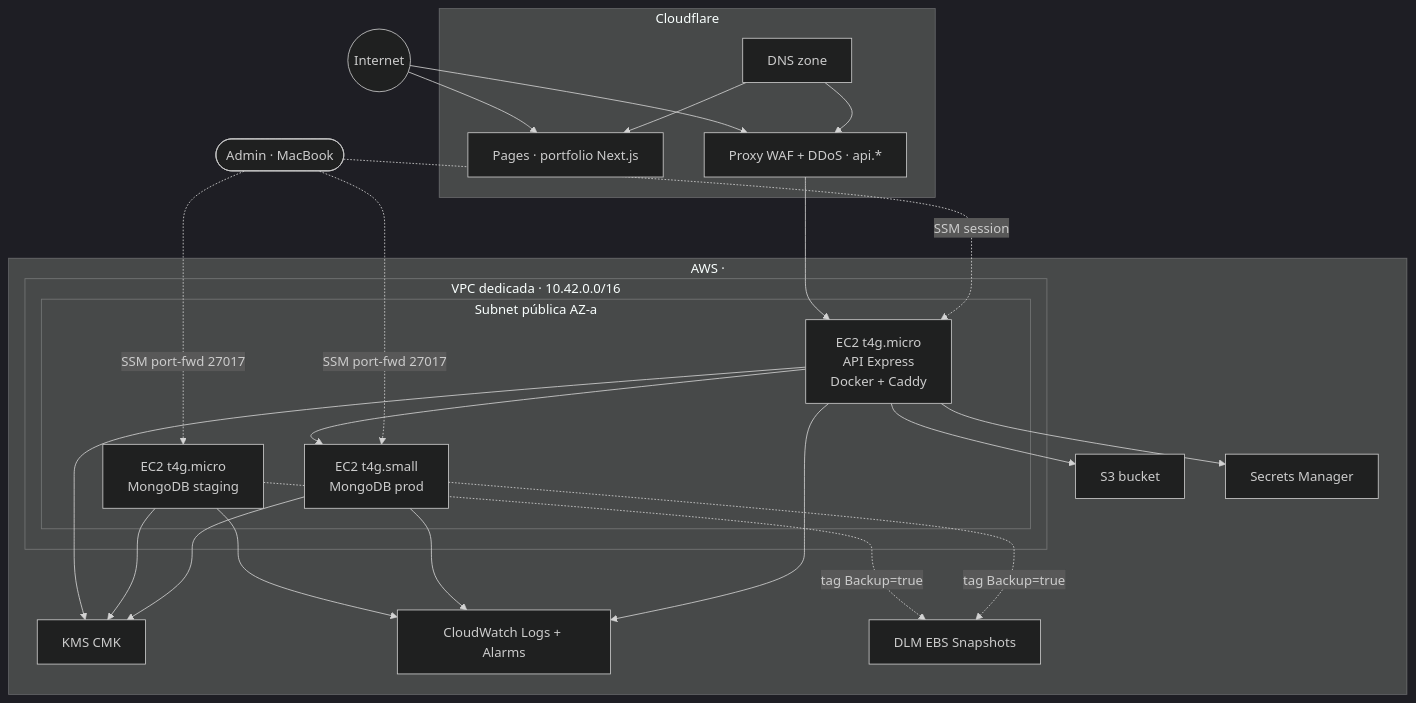
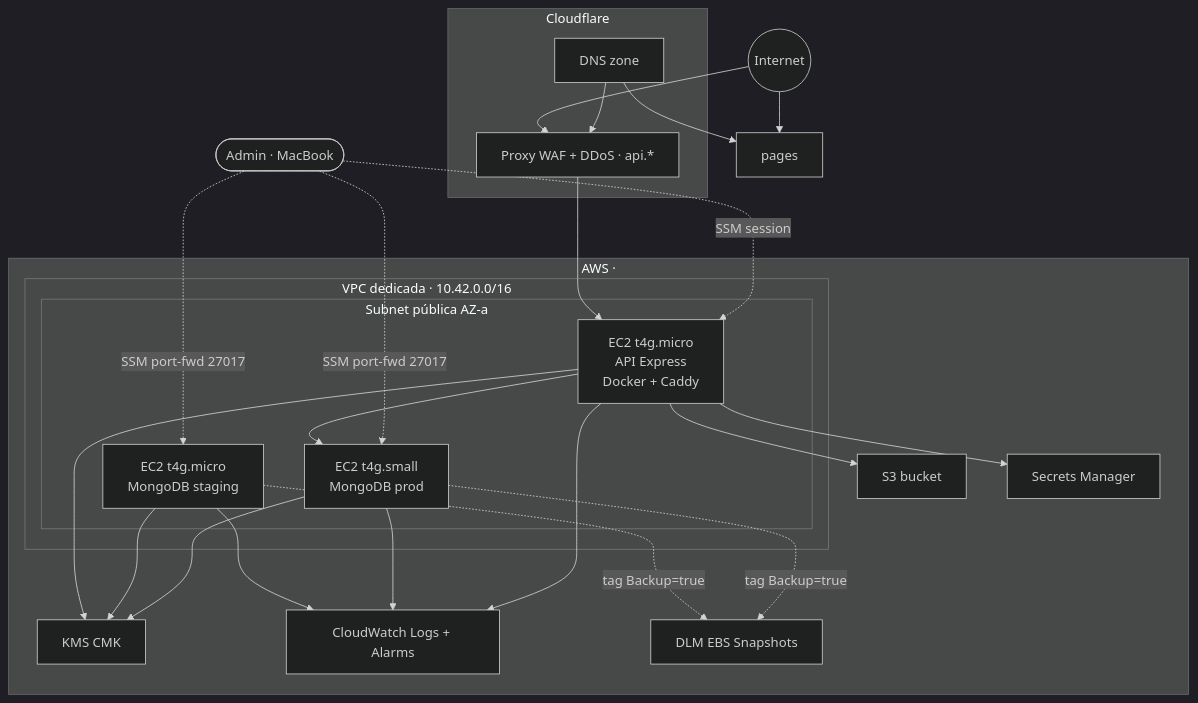
One commit to jmrg-link/express_clean_code_template changed the diagram in docs/aws/README.md. Above: the diagram before and after it, drawn with Mermaid (dark theme). The commit also changed other lines of this file and 2 other files, not shown here.

First line of the commit message:
docs(aws): scrub portfolio references from public docs

````diff
--- a/docs/aws/README.md
+++ b/docs/aws/README.md
@@ -32,45 +32,44 @@
 ```mermaid
 flowchart TB
   internet((Internet))
   admin([Admin · MacBook])
 
   subgraph cf[Cloudflare]
-    pages[Pages · portfolio Next.js]
     dns[DNS zone <your-domain.tld>]
     proxy[Proxy WAF + DDoS · api.*]
   end
 
   subgraph aws[AWS · <aws-region>]
     subgraph vpc[VPC dedicada · 10.42.0.0/16]
       subgraph public_a[Subnet pública AZ-a]
         api[EC2 t4g.micro<br/>API Express<br/>Docker + Caddy]
         mongo_staging[EC2 t4g.micro<br/>MongoDB staging]
         mongo_prod[EC2 t4g.small<br/>MongoDB prod]
       end
     end
     s3[S3 bucket]
     sm[Secrets Manager]
     kms[KMS CMK]
     cw[CloudWatch Logs + Alarms]
     dlm[DLM EBS Snapshots]
   end
 
   internet --> pages
   internet --> proxy --> api
   api --> mongo_prod
   api --> s3
   api --> sm
   admin -.SSM port-fwd 27017.-> mongo_staging
   admin -.SSM port-fwd 27017.-> mongo_prod
   admin -.SSM session.-> api
   dns --> proxy
   dns --> pages
   mongo_staging --> cw
   mongo_prod --> cw
   api --> cw
   mongo_staging -.tag Backup=true.-> dlm
   mongo_prod -.tag Backup=true.-> dlm
   api --> kms
   mongo_staging --> kms
   mongo_prod --> kms
 ```
````
